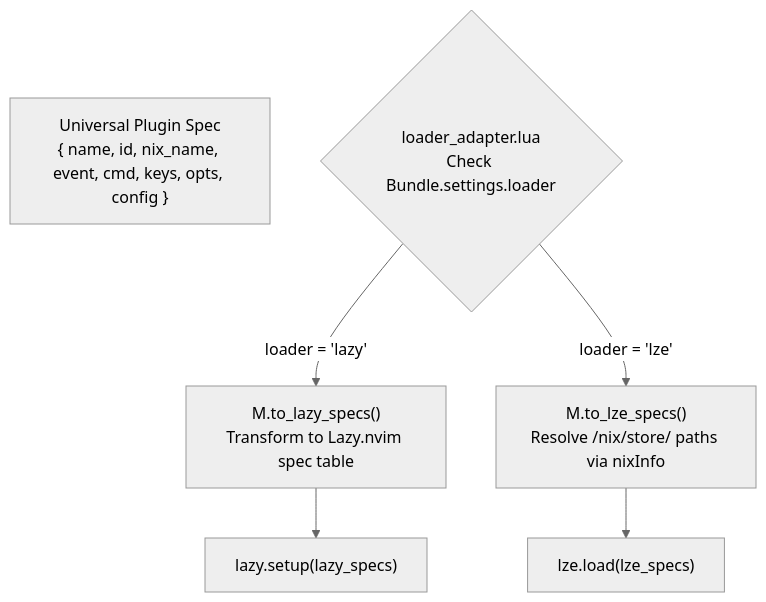
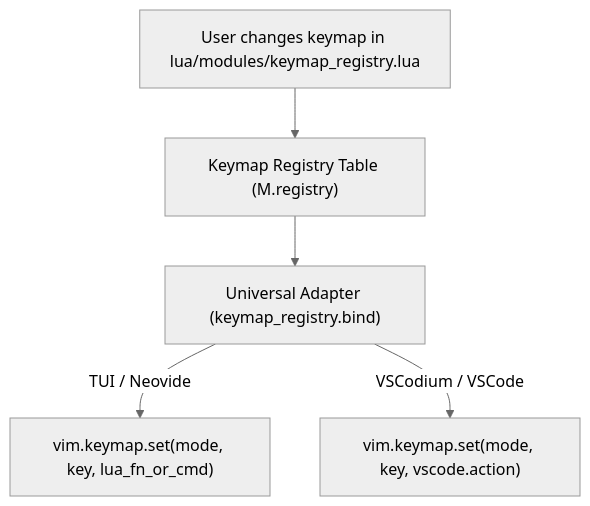
The diagram in ARCHITECTURE.md (EddieisxD/neovim), drawn with Mermaid (neutral theme) before and after one commit. The commit also changed other lines of this file and 9 other files, not shown here.

Commit message:
feat(keymaps): implement Centralized Keymap Registry and Universal Adapter engine for seamless TUI, Neovide, and VSCodium keybinding synchronization

````diff
--- a/ARCHITECTURE.md
+++ b/ARCHITECTURE.md
@@ -191,11 +102,7 @@
 ```mermaid
-flowchart TD
-    Uni["Universal Plugin Spec<br/>{ name, id, nix_name, event, cmd, keys, opts, config }"]
-    Adapter{"loader_adapter.lua<br/>Check Bundle.settings.loader"}
-
-    Adapter -->|"loader = 'lazy'"| Lazy["M.to_lazy_specs()<br/>Transform to Lazy.nvim spec table"]
-    Adapter -->|"loader = 'lze'"| Lze["M.to_lze_specs()<br/>Resolve /nix/store/ paths via nixInfo"]
-
-    Lazy --> LazyRun["lazy.setup(lazy_specs)"]
-    Lze --> LzeRun["lze.load(lze_specs)"]
+graph TD
+    UserChange["User changes keymap in lua/modules/keymap_registry.lua"] --> Registry["Keymap Registry Table (M.registry)"]
+    Registry --> Adapter["Universal Adapter (keymap_registry.bind)"]
+    Adapter -->|TUI / Neovide| TUI["vim.keymap.set(mode, key, lua_fn_or_cmd)"]
+    Adapter -->|VSCodium / VSCode| VSCode["vim.keymap.set(mode, key, vscode.action)"]
 ```
````
